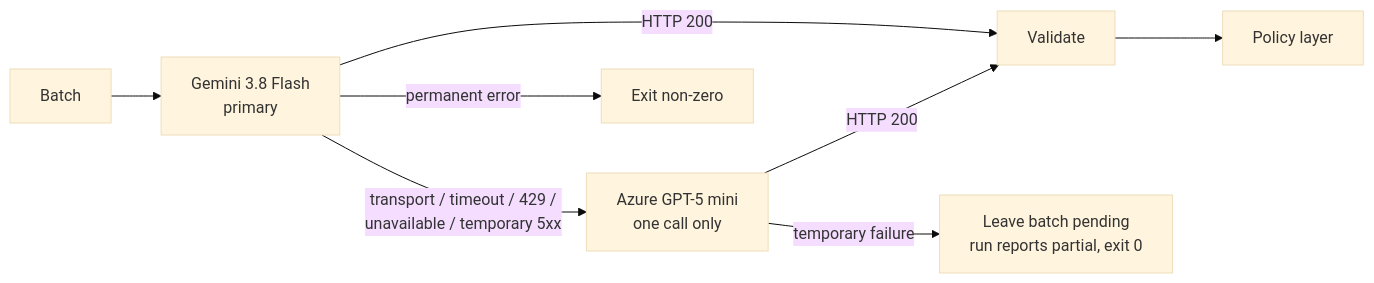
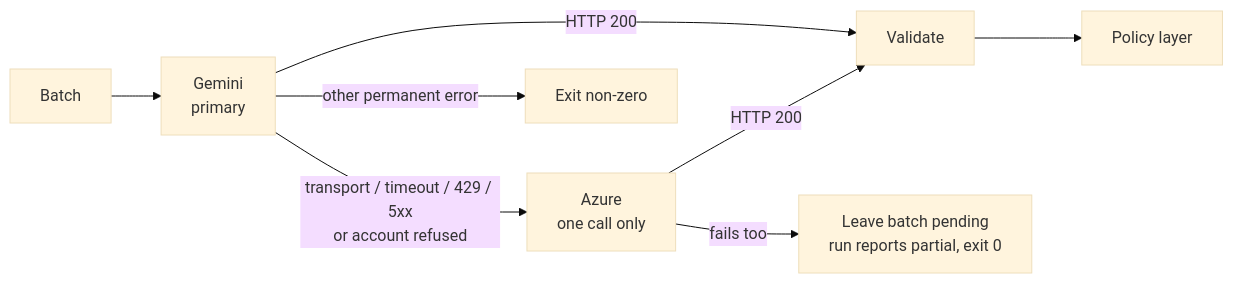
Before and after one commit to Aminhashemi-su/RoleLens: the third of 3 diagrams in docs/architecture.md, drawn with Mermaid (base theme). The commit also changed other lines of this file and 17 other files, not shown here.

````diff
--- a/docs/architecture.md
+++ b/docs/architecture.md
@@ -239,10 +251,10 @@
 ```mermaid
 flowchart LR
-    B[Batch] --> P[Gemini 3.8 Flash<br/>primary]
+    B[Batch] --> P[Gemini<br/>primary]
     P -- HTTP 200 --> V[Validate]
-    P -- transport / timeout / 429 /<br/>unavailable / temporary 5xx --> F[Azure GPT-5 mini<br/>one call only]
+    P -- transport / timeout / 429 / 5xx<br/>or account refused --> F[Azure<br/>one call only]
     F -- HTTP 200 --> V
-    F -- temporary failure --> PEND[Leave batch pending<br/>run reports partial, exit 0]
-    P -- permanent error --> FAIL[Exit non-zero]
+    F -- fails too --> PEND[Leave batch pending<br/>run reports partial, exit 0]
+    P -- other permanent error --> FAIL[Exit non-zero]
     V --> POL[Policy layer]
 ```
````
